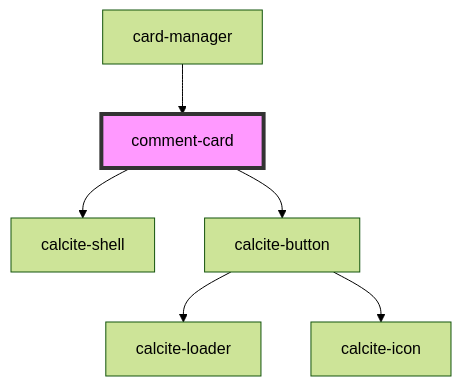
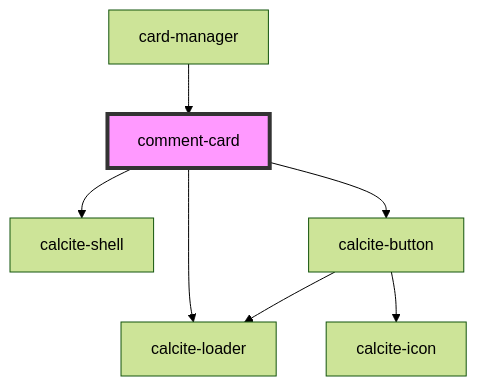
One commit to Esri/solutions-components changed the diagram in src/components/comment-card/readme.md. Above: the diagram before and after it, drawn with Mermaid (forest theme). The commit also changed other lines of this file and 19 other files, not shown here.

````diff
--- a/src/components/comment-card/readme.md
+++ b/src/components/comment-card/readme.md
@@ -34,9 +36,10 @@
 ```mermaid
 graph TD;
+  comment-card --> calcite-loader
   comment-card --> calcite-shell
   comment-card --> calcite-button
   calcite-button --> calcite-loader
   calcite-button --> calcite-icon
   card-manager --> comment-card
   style comment-card fill:#f9f,stroke:#333,stroke-width:4px
 ```
````
